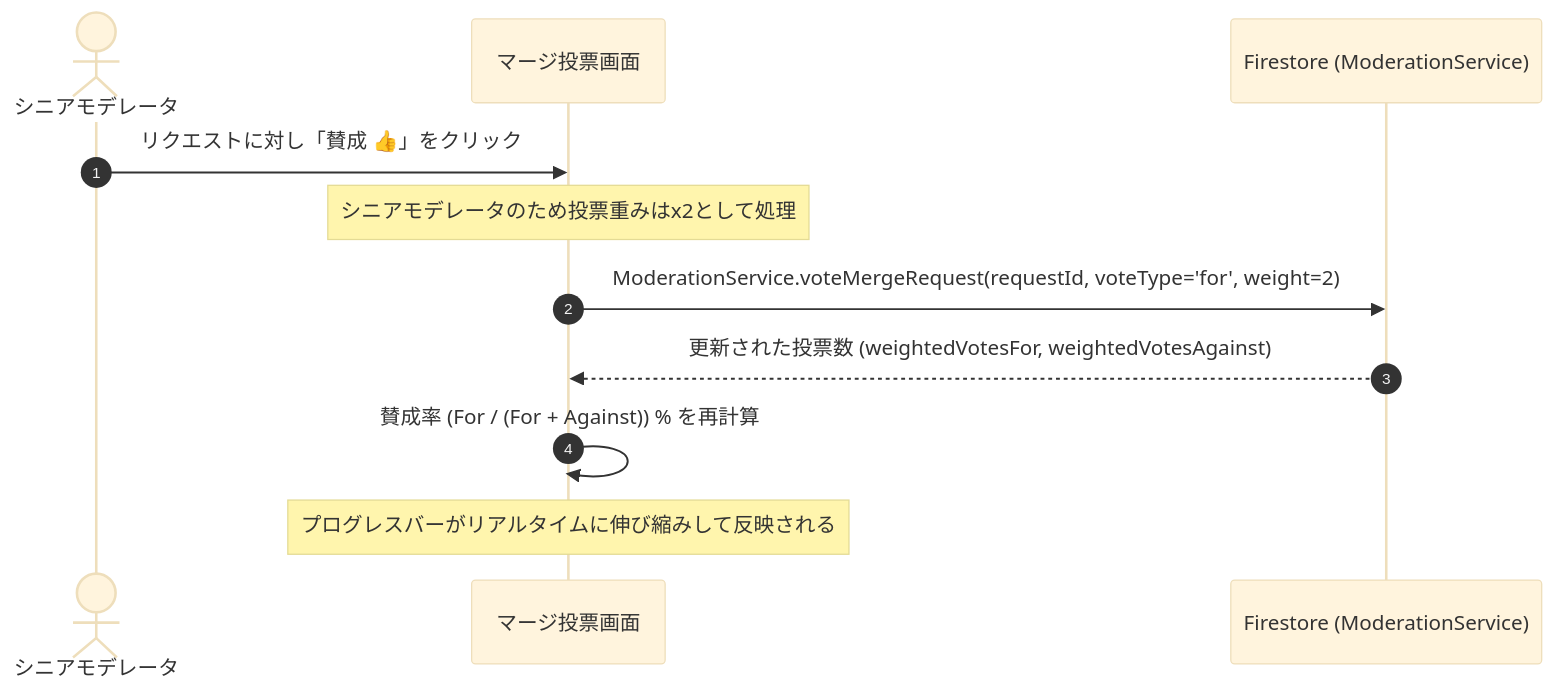
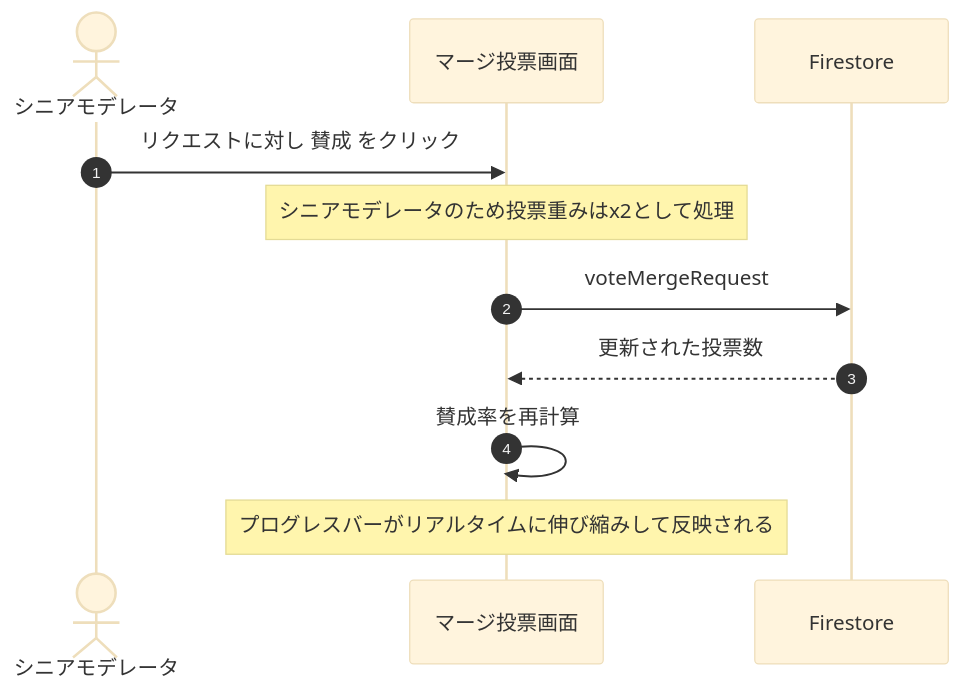
The first of 2 diagrams in .kiro/specs/quizeum-moderation-governance-ui/design.md (npressoworks/quizetika), drawn with Mermaid (base theme) before and after one commit. The commit also changed other lines of this file and 6 other files, not shown here.

````diff
--- a/.kiro/specs/quizeum-moderation-governance-ui/design.md
+++ b/.kiro/specs/quizeum-moderation-governance-ui/design.md
@@ -85,14 +92,14 @@
 ```mermaid
 sequenceDiagram
     autonumber
     actor Mod as シニアモデレータ
     participant UI as マージ投票画面
-    participant DB as Firestore (ModerationService)
+    participant DB as Firestore
     
-    Mod->>UI: リクエストに対し「賛成 👍」をクリック
+    Mod->>UI: リクエストに対し 賛成 をクリック
     Note over UI: シニアモデレータのため投票重みはx2として処理
-    UI->>DB: ModerationService.voteMergeRequest(requestId, voteType='for', weight=2)
-    DB-->>UI: 更新された投票数 (weightedVotesFor, weightedVotesAgainst)
-    UI->>UI: 賛成率 (For / (For + Against)) % を再計算
+    UI->>DB: voteMergeRequest
+    DB-->>UI: 更新された投票数
+    UI->>UI: 賛成率を再計算
     Note over UI: プログレスバーがリアルタイムに伸び縮みして反映される
 ```
````
